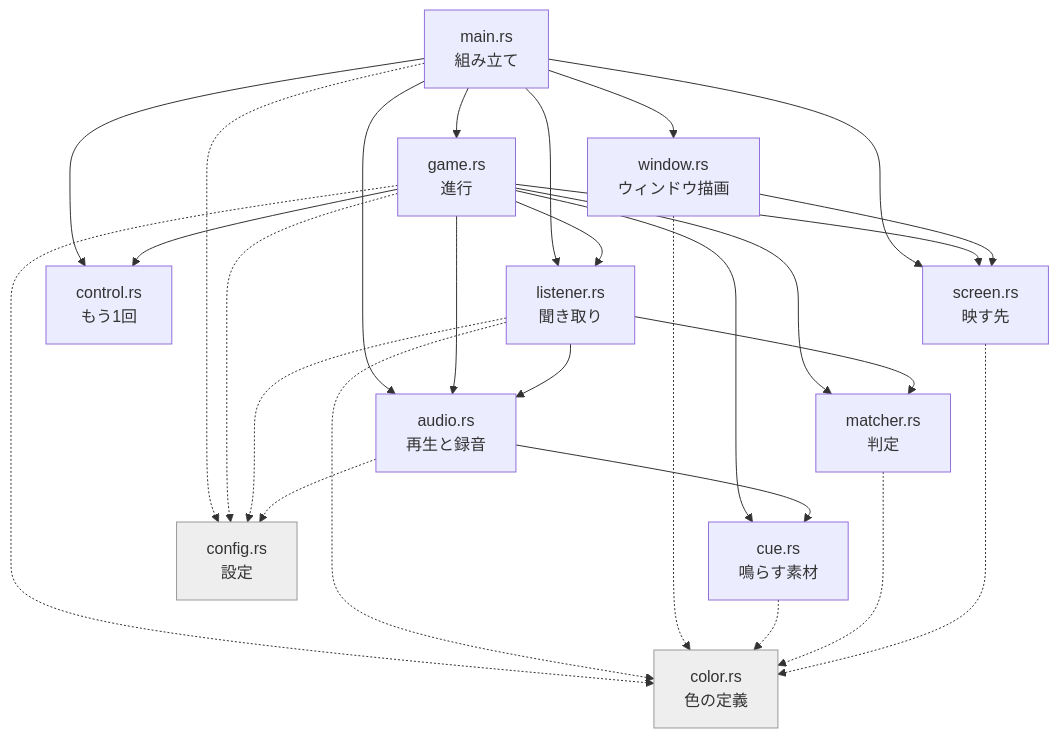
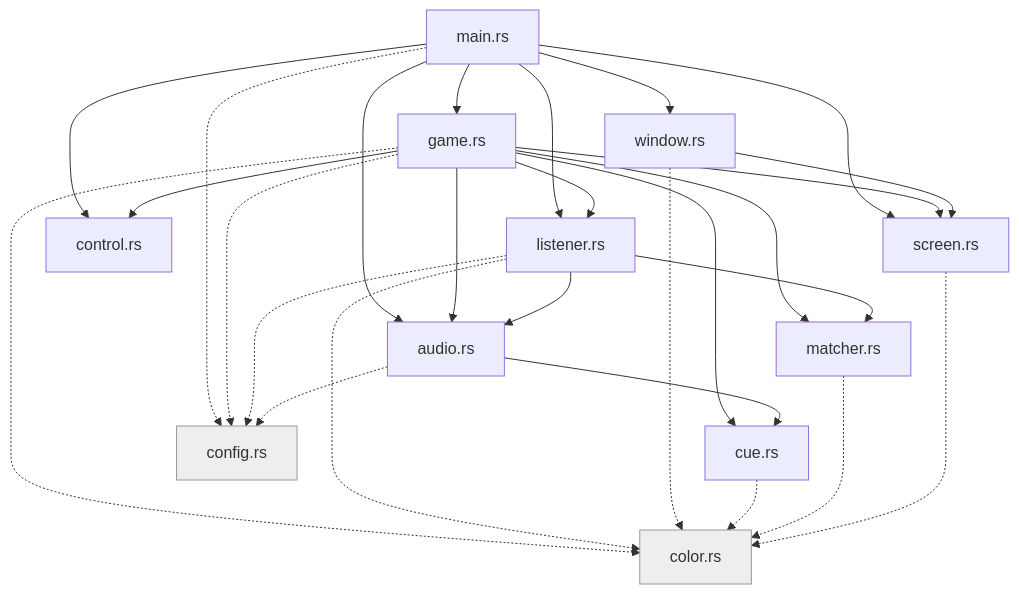
The diagram in README.md (mpyw/donna-iro), drawn with Mermaid before and after one commit. The commit also changed other lines of this file, not shown here.

Commit message:
図のラベルをファイル名だけにする
ノードのラベルに <br/> を入れていたが、GitHub では改行されなかった。
手元では htmlLabels を切っても securityLevel を strict にしても改行が
効いてしまい、再現できない。バージョン差らしい。

再現できないものを直したことにはできないので、改行そのものを無くした。

1行にまとめる案（"window.rs ・ ウィンドウ描画"）も描いてみたが、幅が
足りずに mermaid が勝手に折り返して同じ問題が出た。

役割はすぐ上の構成表に全部書いてある。図に併記する必要はなく、外したほうが
箱が小さくなって辺の通り道が空き、構造がむしろ読みやすい。

````diff
--- a/README.md
+++ b/README.md
@@ -198,47 +199,47 @@
 ```mermaid
 flowchart TD
-    main["main.rs<br/>組み立て"]
-    game["game.rs<br/>進行"]
-    window["window.rs<br/>ウィンドウ描画"]
-    listener["listener.rs<br/>聞き取り"]
-    audio["audio.rs<br/>再生と録音"]
-    matcher["matcher.rs<br/>判定"]
-    control["control.rs<br/>もう1回"]
-    screen["screen.rs<br/>映す先"]
-    cue["cue.rs<br/>鳴らす素材"]
-    color["color.rs<br/>色の定義"]
-    config["config.rs<br/>設定"]
+    main["main.rs"]
+    game["game.rs"]
+    window["window.rs"]
+    listener["listener.rs"]
+    audio["audio.rs"]
+    matcher["matcher.rs"]
+    control["control.rs"]
+    screen["screen.rs"]
+    cue["cue.rs"]
+    color["color.rs"]
+    config["config.rs"]
 
     main --> game
     main --> window
     main --> listener
     main --> audio
     main --> control
     main --> screen
 
     game --> listener
     game --> audio
     game --> matcher
     game --> control
     game --> screen
     game --> cue
 
     listener --> audio
     listener --> matcher
     audio --> cue
     window --> screen
 
     main -.-> config
     game -.-> config
     game -.-> color
     listener -.-> config
     listener -.-> color
     audio -.-> config
     window -.-> color
     cue -.-> color
     matcher -.-> color
     screen -.-> color
 
     classDef base fill:#eee,stroke:#999,color:#333;
     class color,config base;
 ```
````
